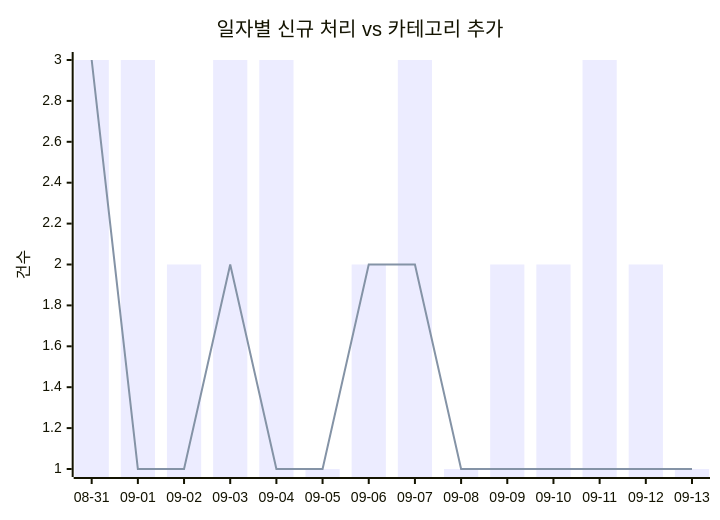
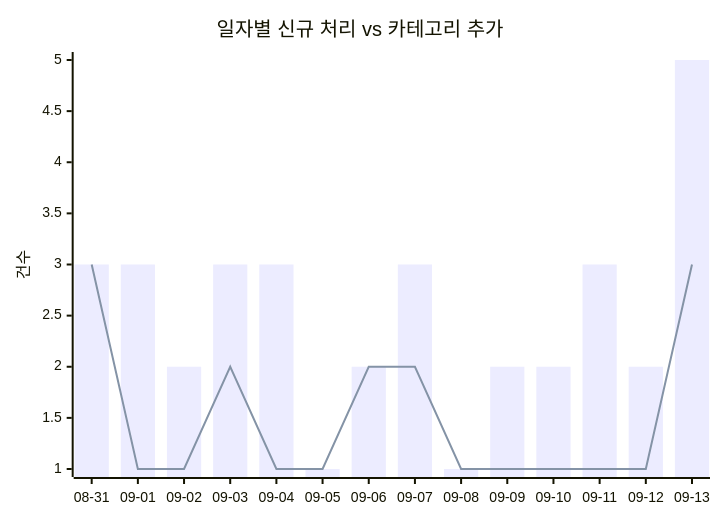
One commit to J-nowcow/awesome-korean-agent-skills changed the first of 2 diagrams in docs/trends.md. Above: the diagram before and after it, drawn with Mermaid. The commit also changed other lines of this file and 5 other files, not shown here.

````diff
--- a/docs/trends.md
+++ b/docs/trends.md
@@ -32,8 +32,8 @@
 ```mermaid
 xychart-beta
     title "일자별 신규 처리 vs 카테고리 추가"
     x-axis ["08-31","09-01","09-02","09-03","09-04","09-05","09-06","09-07","09-08","09-09","09-10","09-11","09-12","09-13"]
     y-axis "건수"
-    bar [3,3,2,3,3,1,2,3,1,2,2,3,2,1]
-    line [3,1,1,2,1,1,2,2,1,1,1,1,1,1]
+    bar [3,3,2,3,3,1,2,3,1,2,2,3,2,5]
+    line [3,1,1,2,1,1,2,2,1,1,1,1,1,3]
 ```
````
